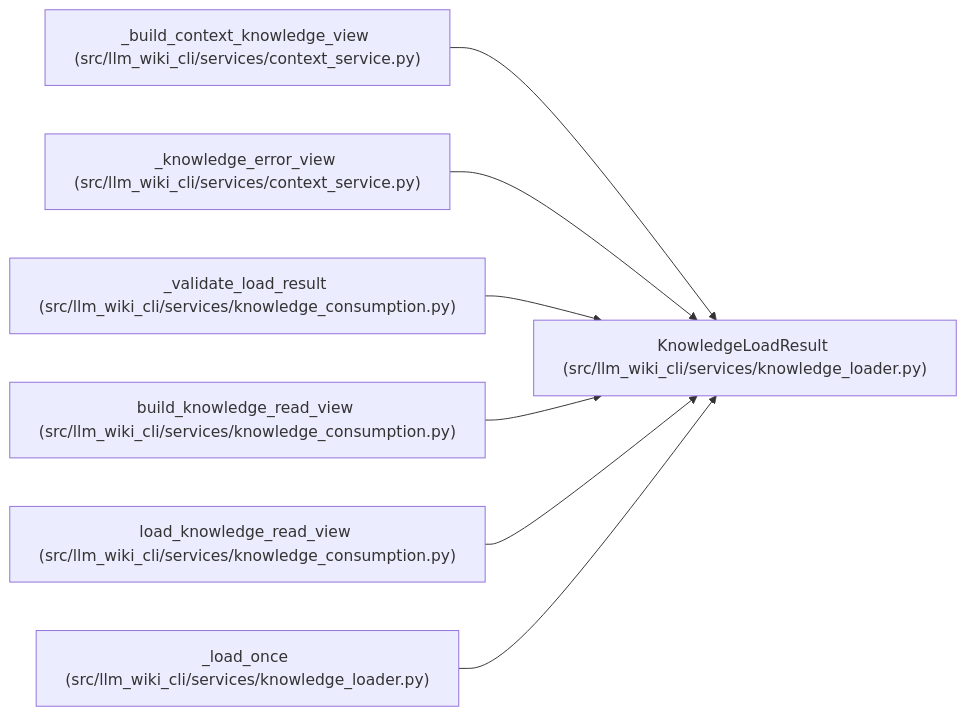
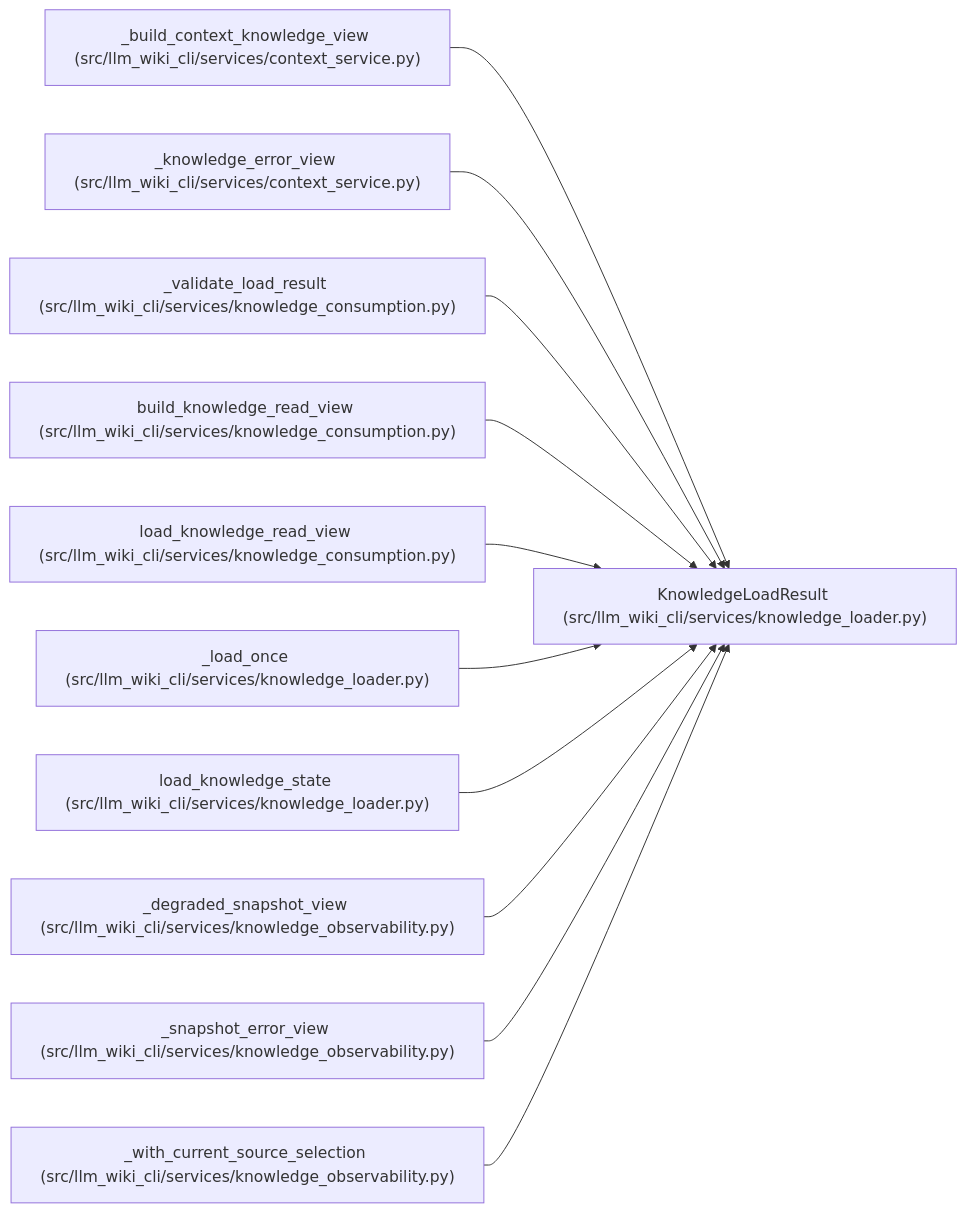
The diagram in docs/llm_wiki/entities/KnowledgeLoadResult.md (Denissvgn/python-wiki-llm), drawn with Mermaid before and after one commit. The commit also changed other lines of this file and 493 other files, not shown here.

````diff
--- a/docs/llm_wiki/entities/KnowledgeLoadResult.md
+++ b/docs/llm_wiki/entities/KnowledgeLoadResult.md
@@ -33,23 +33,35 @@
 ```mermaid
 flowchart LR
     n0["KnowledgeLoadResult (src/llm_wiki_cli/services/knowledge_loader.py)"]
     n1["_build_context_knowledge_view (src/llm_wiki_cli/services/context_service.py)"]
     n2["_knowledge_error_view (src/llm_wiki_cli/services/context_service.py)"]
     n3["_validate_load_result (src/llm_wiki_cli/services/knowledge_consumption.py)"]
     n4["build_knowledge_read_view (src/llm_wiki_cli/services/knowledge_consumption.py)"]
     n5["load_knowledge_read_view (src/llm_wiki_cli/services/knowledge_consumption.py)"]
     n6["_load_once (src/llm_wiki_cli/services/knowledge_loader.py)"]
+    n7["load_knowledge_state (src/llm_wiki_cli/services/knowledge_loader.py)"]
+    n8["_degraded_snapshot_view (src/llm_wiki_cli/services/knowledge_observability.py)"]
+    n9["_snapshot_error_view (src/llm_wiki_cli/services/knowledge_observability.py)"]
+    n10["_with_current_source_selection (src/llm_wiki_cli/services/knowledge_observability.py)"]
     n1 --> n0
     n2 --> n0
     n3 --> n0
     n4 --> n0
     n5 --> n0
     n6 --> n0
+    n7 --> n0
+    n8 --> n0
+    n9 --> n0
+    n10 --> n0
     click n0 "../modules/knowledge_loader.md"
     click n1 "../modules/context_service.md"
     click n2 "../modules/context_service.md"
     click n3 "../modules/knowledge_consumption.md"
     click n4 "../modules/knowledge_consumption.md"
     click n5 "../modules/knowledge_consumption.md"
     click n6 "../modules/knowledge_loader.md"
+    click n7 "../modules/knowledge_loader.md"
+    click n8 "../modules/knowledge_observability.md"
+    click n9 "../modules/knowledge_observability.md"
+    click n10 "../modules/knowledge_observability.md"
 ```
````
